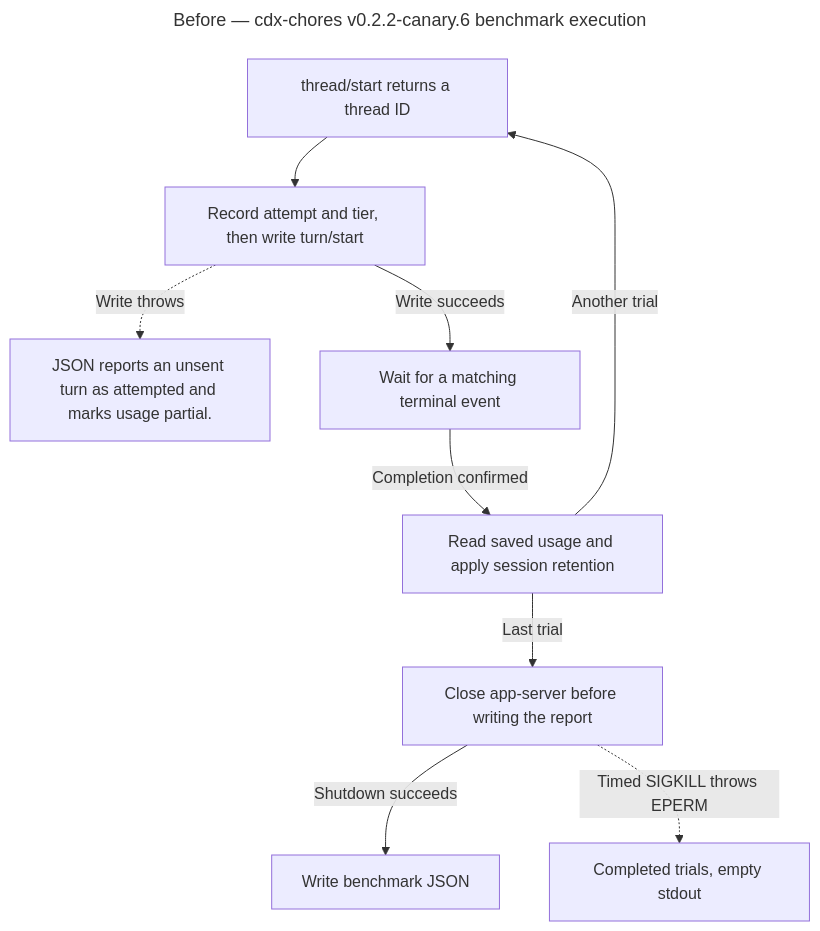
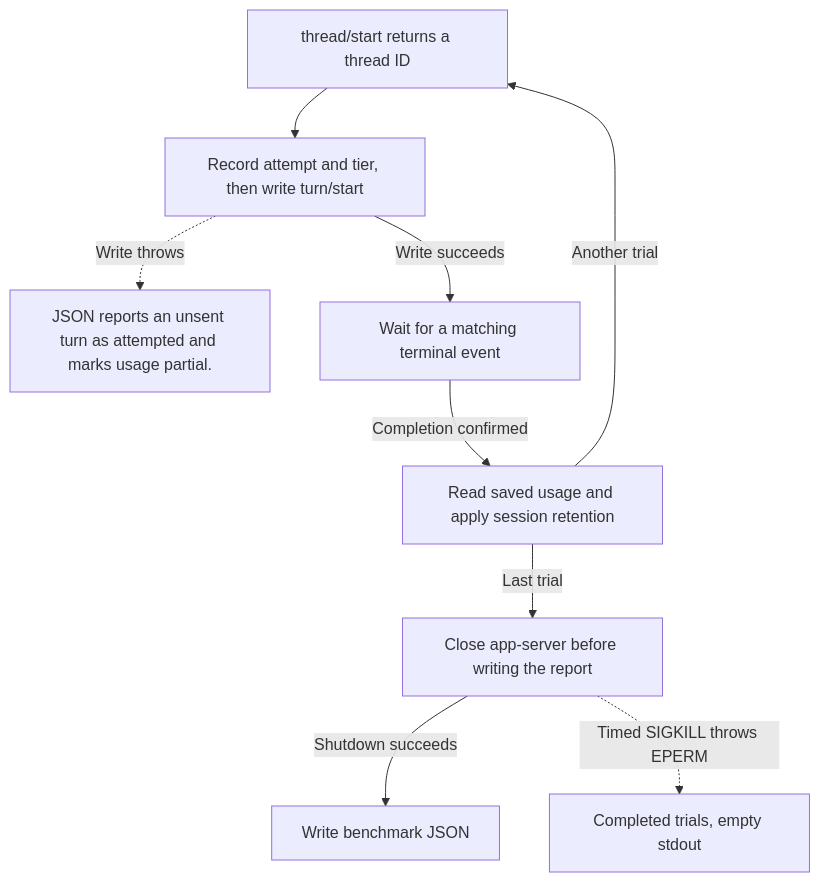
The first of 2 diagrams in docs/researches/research-2026-11-19-codex-turn-reporting-and-process-shutdown.md (dev-pi2pie/cdx-chores), drawn with Mermaid before and after one commit. The commit also changed other lines of this file, not shown here.

Commit message:
docs(research): move Mermaid diagram labels outside code blocks

````diff
--- a/docs/researches/research-2026-11-19-codex-turn-reporting-and-process-shutdown.md
+++ b/docs/researches/research-2026-11-19-codex-turn-reporting-and-process-shutdown.md
@@ -16,14 +18,11 @@
 ```mermaid
----
-title: Before — cdx-chores v0.2.2-canary.6 benchmark execution
----
 flowchart TD
     thread["thread/start returns a thread ID"] --> dispatch["Record attempt and tier, then write turn/start"]
     dispatch -.->|Write throws| unsent["JSON reports an unsent turn as attempted and marks usage partial."]
     dispatch -->|Write succeeds| observe["Wait for a matching terminal event"]
     observe -->|Completion confirmed| trial["Read saved usage and apply session retention"]
     trial -->|Another trial| thread
     trial -->|Last trial| close["Close app-server before writing the report"]
     close -->|Shutdown succeeds| report["Write benchmark JSON"]
     close -.->|Timed SIGKILL throws EPERM| lost["Completed trials, empty stdout"]
 ```
````
